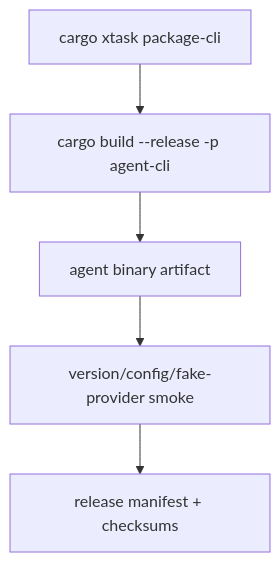
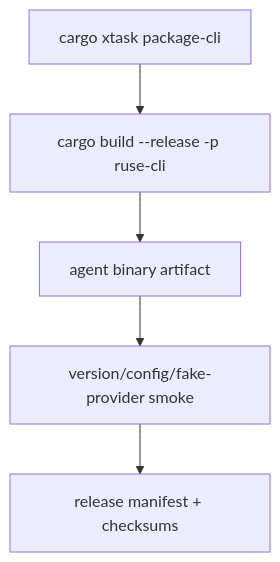
One commit to poneding/agent changed the diagram in docs/specs/M25-04-cli-release-packaging.spec.md. Above: the diagram before and after it, drawn with Mermaid. The commit also changed other lines of this file and 2091 other files, not shown here.

First line of the commit message:
refactor: rename agent branding to ruse

````diff
--- a/docs/specs/M25-04-cli-release-packaging.spec.md
+++ b/docs/specs/M25-04-cli-release-packaging.spec.md
@@ -31,7 +31,7 @@
 ```mermaid
 flowchart TD
-  Xtask["cargo xtask package-cli"] --> Build["cargo build --release -p agent-cli"]
+  Xtask["cargo xtask package-cli"] --> Build["cargo build --release -p ruse-cli"]
   Build --> Artifact["agent binary artifact"]
   Artifact --> Smoke["version/config/fake-provider smoke"]
   Smoke --> Manifest["release manifest + checksums"]
 ```
````
